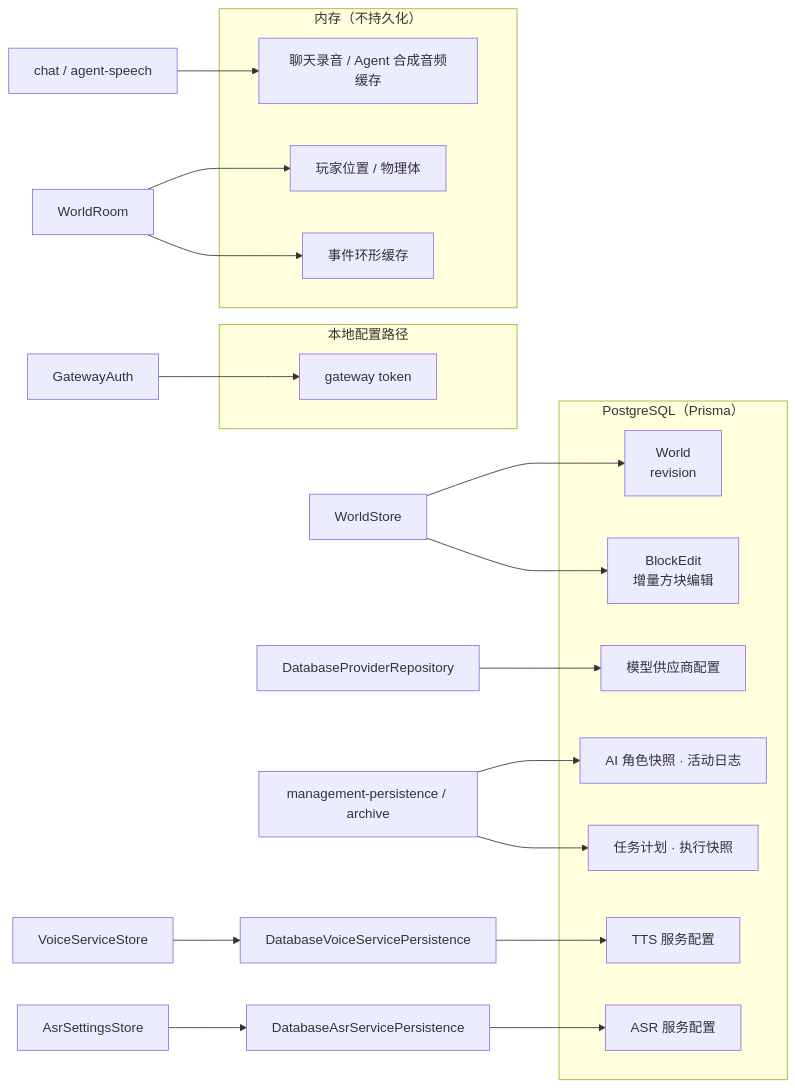
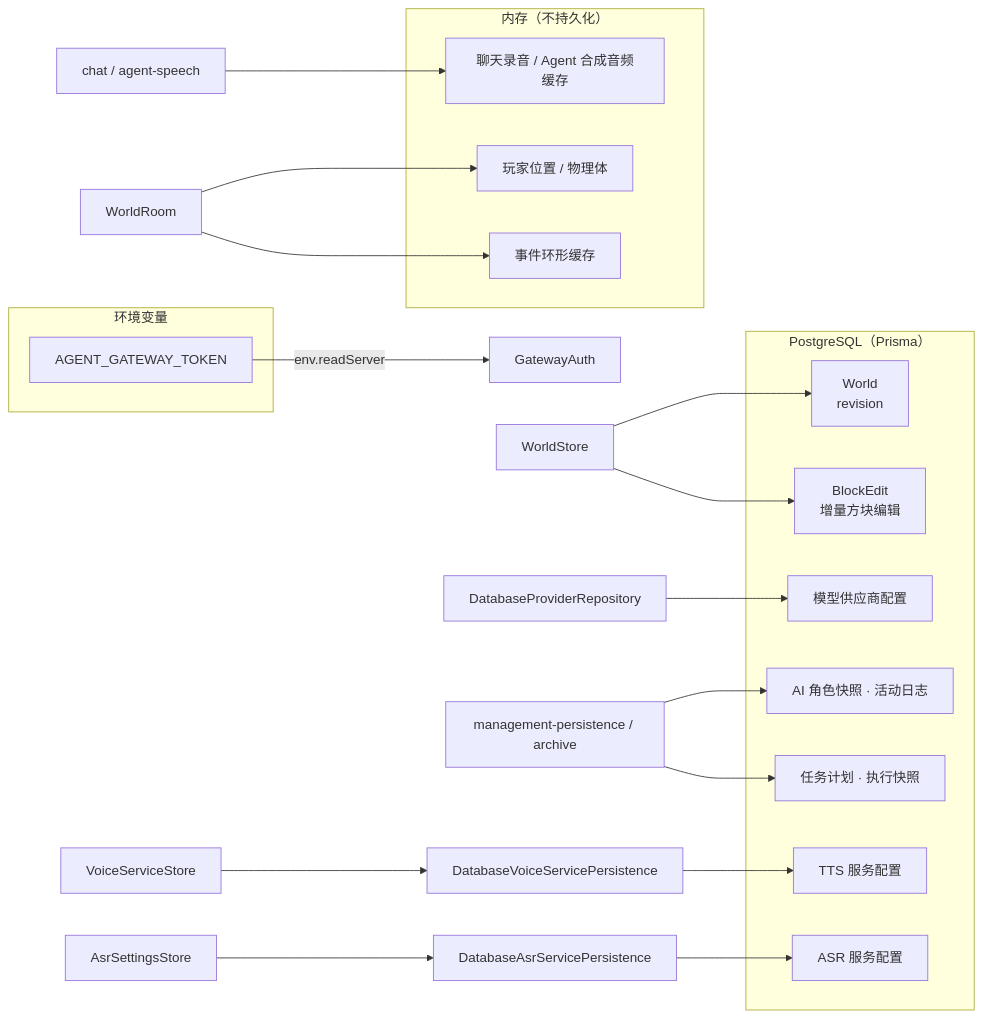
Diagram 14 of 14 in docs/guide/architecture-diagrams.md (lulabs-org/embocraft), drawn with Mermaid before and after one commit. The commit also changed other lines of this file and 21 other files, not shown here.

````diff
--- a/docs/guide/architecture-diagrams.md
+++ b/docs/guide/architecture-diagrams.md
@@ -451,34 +450,34 @@
 ```mermaid
 graph LR
     subgraph PG["PostgreSQL（Prisma）"]
         WorldT["World<br/>revision"]
         EditT["BlockEdit<br/>增量方块编辑"]
         Prov["模型供应商配置"]
         Chars["AI 角色快照 · 活动日志"]
         TaskF["任务计划 · 执行快照"]
         VoiceF["TTS 服务配置"]
         ASRF["ASR 服务配置"]
     end
 
-    subgraph Files["本地配置路径"]
-        Token["gateway token"]
+    subgraph Env["环境变量"]
+        Token["AGENT_GATEWAY_TOKEN"]
     end
 
     subgraph Memory["内存（不持久化）"]
         Rec["聊天录音 / Agent 合成音频缓存"]
         Players["玩家位置 / 物理体"]
         EvBuf["事件环形缓存"]
     end
 
     WorldStoreN["WorldStore"] --> WorldT
     WorldStoreN --> EditT
     DatabaseProviderRepoN["DatabaseProviderRepository"] --> Prov
     VSN["VoiceServiceStore"] --> VDB["DatabaseVoiceServicePersistence"] --> VoiceF
     ASN["AsrSettingsStore"] --> ADB["DatabaseAsrServicePersistence"] --> ASRF
-    GAN["GatewayAuth"] --> Token
+    Token -->|env.readServer| GAN["GatewayAuth"]
     MP["management-persistence / archive"] --> Chars
     MP --> TaskF
     ChatN["chat / agent-speech"] --> Rec
     RoomN["WorldRoom"] --> Players
     RoomN --> EvBuf
 ```
````
